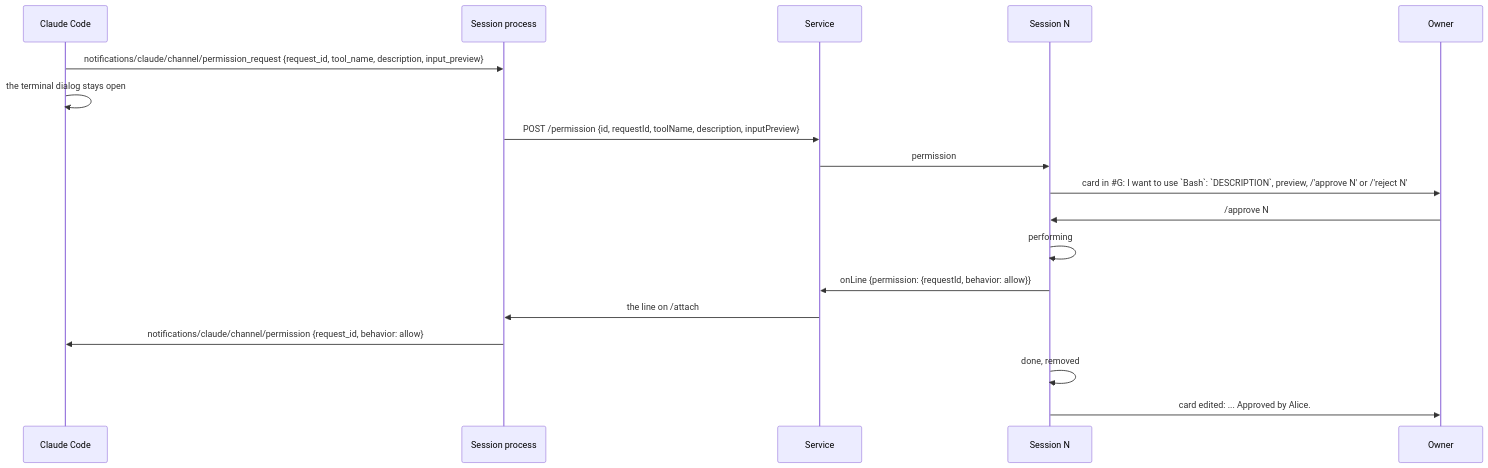
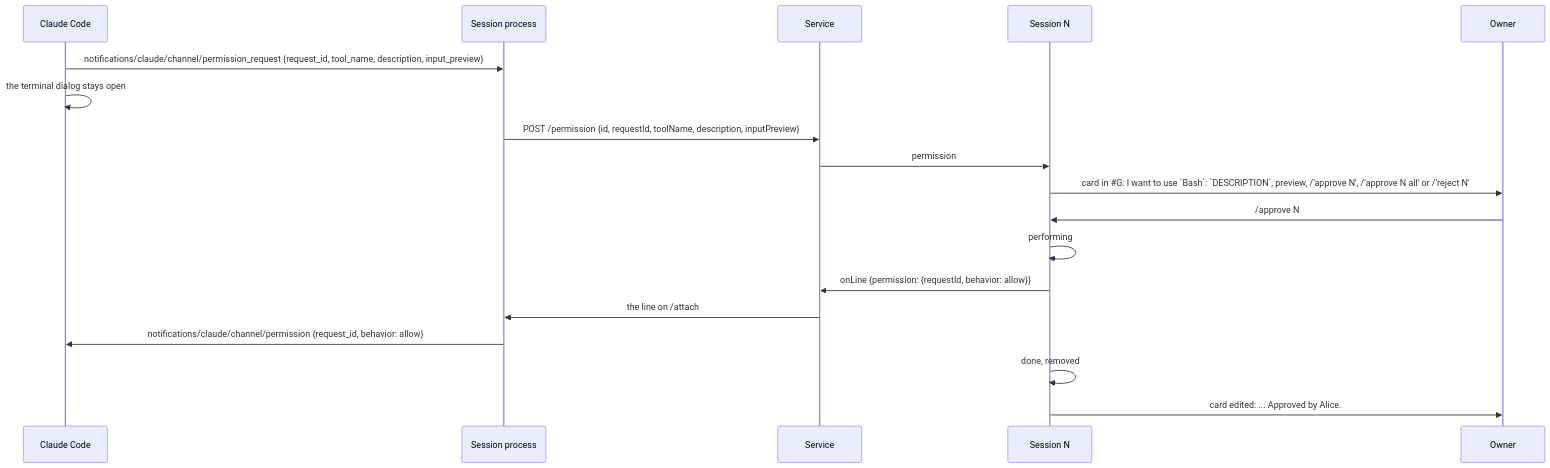
Diagram 22 of 39 in packages/simplex-chat-mcp/spec/flows.md (Narasimha-sc/simplex-chat), drawn with Mermaid before and after one commit. The commit also changed other lines of this file and 170 other files, not shown here.

````diff
--- a/packages/simplex-chat-mcp/spec/flows.md
+++ b/packages/simplex-chat-mcp/spec/flows.md
@@ -1063,20 +1094,20 @@
 ```mermaid
 sequenceDiagram
   participant CC as Claude Code
   participant S as Session process
   participant D as Service
   participant N as Session N
   participant O as Owner
   CC->>S: notifications/claude/channel/permission_request {request_id, tool_name, description, input_preview}
   CC->>CC: the terminal dialog stays open
   S->>D: POST /permission {id, requestId, toolName, description, inputPreview}
   D->>N: permission
-  N->>O: card in #35;G: I want to use `Bash`: `DESCRIPTION`, preview, /'approve N' or /'reject N'
+  N->>O: card in #35;G: I want to use `Bash`: `DESCRIPTION`, preview, /'approve N', /'approve N all' or /'reject N'
   O->>N: /approve N
   N->>N: performing
   N->>D: onLine {permission: {requestId, behavior: allow}}
   D->>S: the line on /attach
   S->>CC: notifications/claude/channel/permission {request_id, behavior: allow}
   N->>N: done, removed
   N->>O: card edited: ... Approved by Alice.
 ```
````
